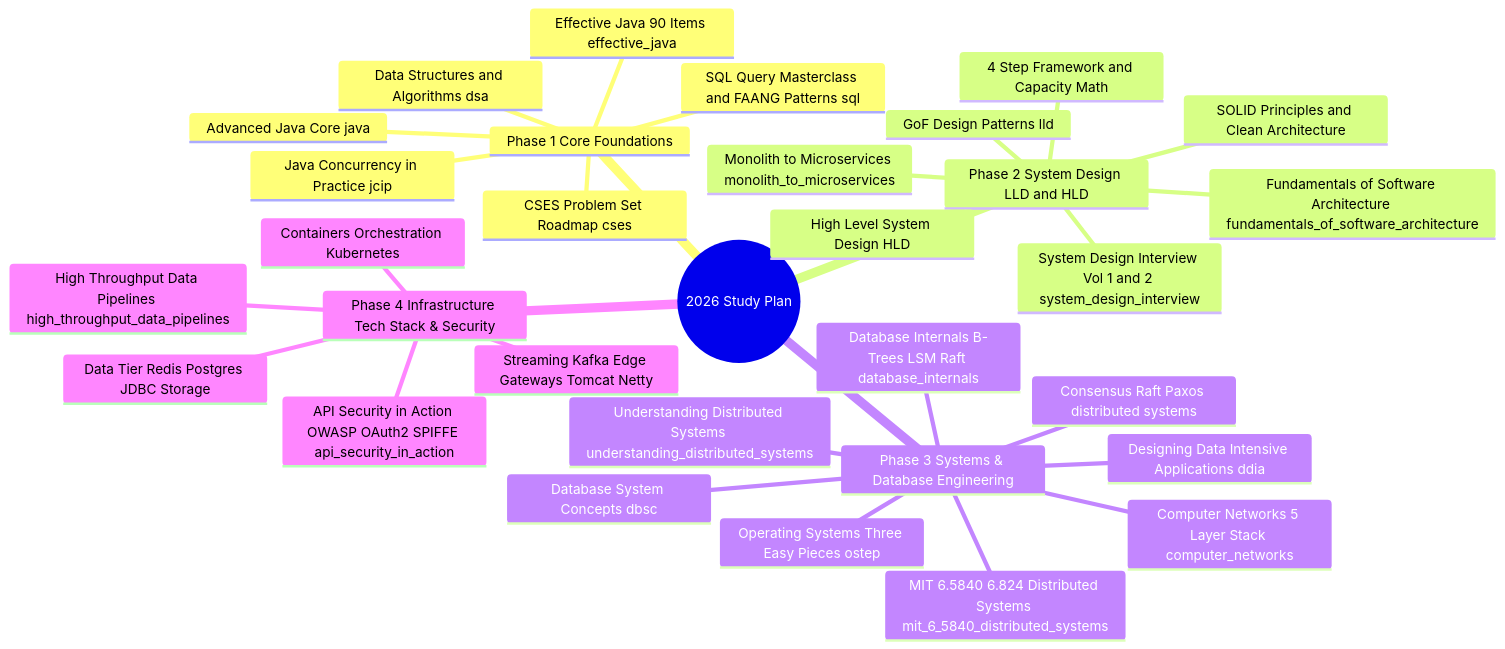
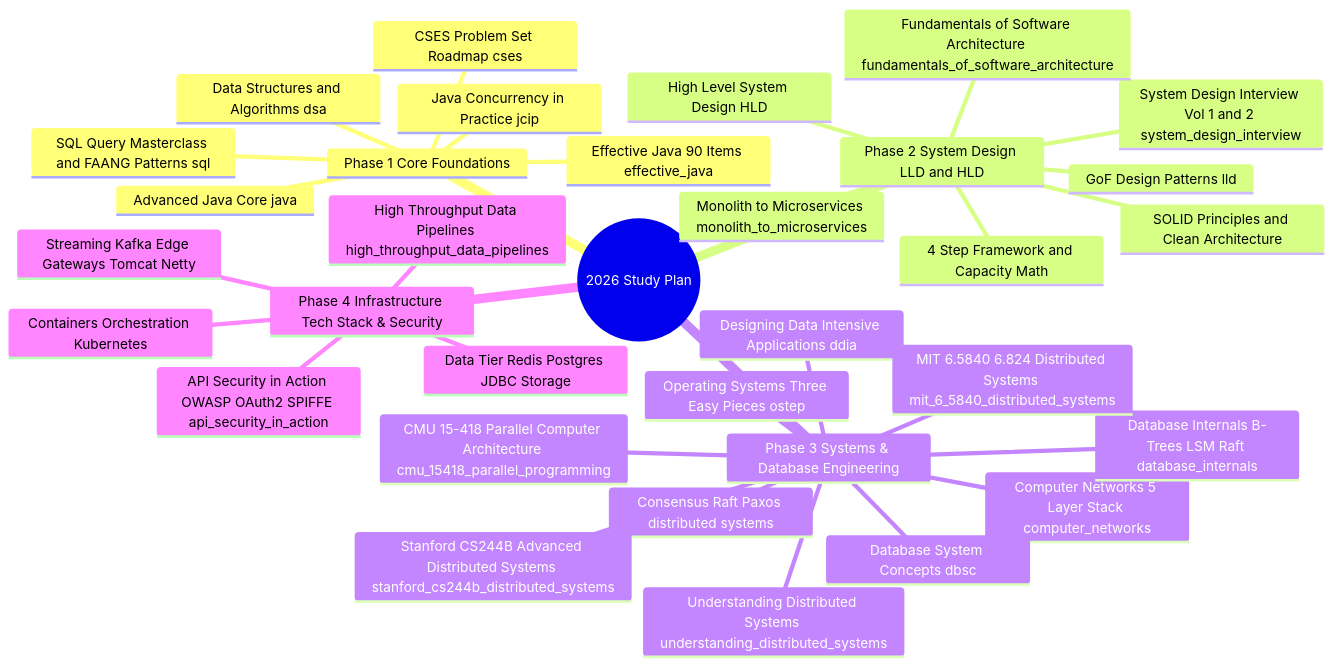
One commit to chauhankartik/private-2026 changed the diagram in STUDY_PLAN_2026.md. Above: the diagram before and after it, drawn with Mermaid. The commit also changed other lines of this file and 10 other files, not shown here.

Commit message:
feat(systems): add Stanford CS244B and CMU 15-418/618 modules with 10 detailed guides, code engines, and in-depth Mermaid diagrams

````diff
--- a/STUDY_PLAN_2026.md
+++ b/STUDY_PLAN_2026.md
@@ -9,34 +9,36 @@
 ```mermaid
 mindmap
   root((2026 Study Plan))
     Phase 1 Core Foundations
       Data Structures and Algorithms dsa
       CSES Problem Set Roadmap cses
       Advanced Java Core java
       Effective Java 90 Items effective_java
       Java Concurrency in Practice jcip
       SQL Query Masterclass and FAANG Patterns sql
     Phase 2 System Design LLD and HLD
       SOLID Principles and Clean Architecture
       GoF Design Patterns lld
       High Level System Design HLD
       4 Step Framework and Capacity Math
       System Design Interview Vol 1 and 2 system_design_interview
       Fundamentals of Software Architecture fundamentals_of_software_architecture
       Monolith to Microservices monolith_to_microservices
     Phase 3 Systems & Database Engineering
       Operating Systems Three Easy Pieces ostep
       Computer Networks 5 Layer Stack computer_networks
       Database System Concepts dbsc
       Database Internals B-Trees LSM Raft database_internals
       Designing Data Intensive Applications ddia
       Consensus Raft Paxos distributed systems
       Understanding Distributed Systems understanding_distributed_systems
       MIT 6.5840 6.824 Distributed Systems mit_6_5840_distributed_systems
+      Stanford CS244B Advanced Distributed Systems stanford_cs244b_distributed_systems
+      CMU 15-418 Parallel Computer Architecture cmu_15418_parallel_programming
     Phase 4 Infrastructure Tech Stack & Security
       Data Tier Redis Postgres JDBC Storage
       Streaming Kafka Edge Gateways Tomcat Netty
       High Throughput Data Pipelines high_throughput_data_pipelines
       Containers Orchestration Kubernetes
       API Security in Action OWASP OAuth2 SPIFFE api_security_in_action
 ```
````
